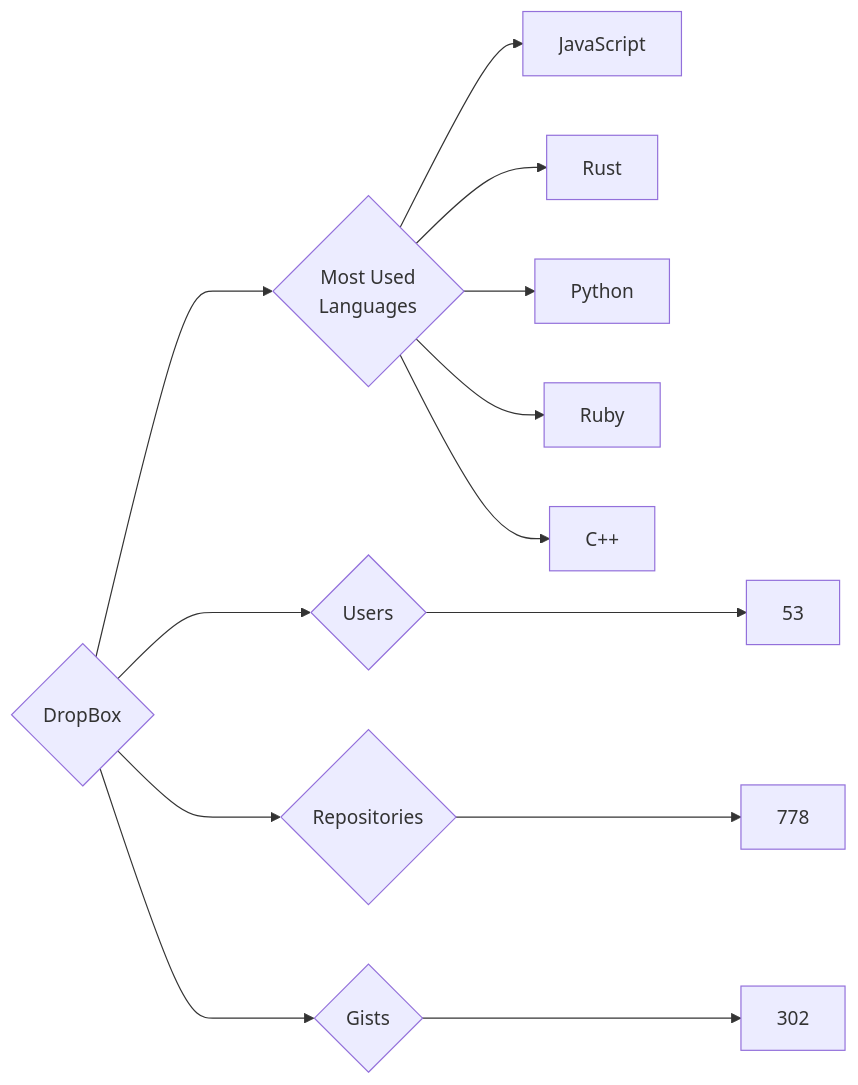
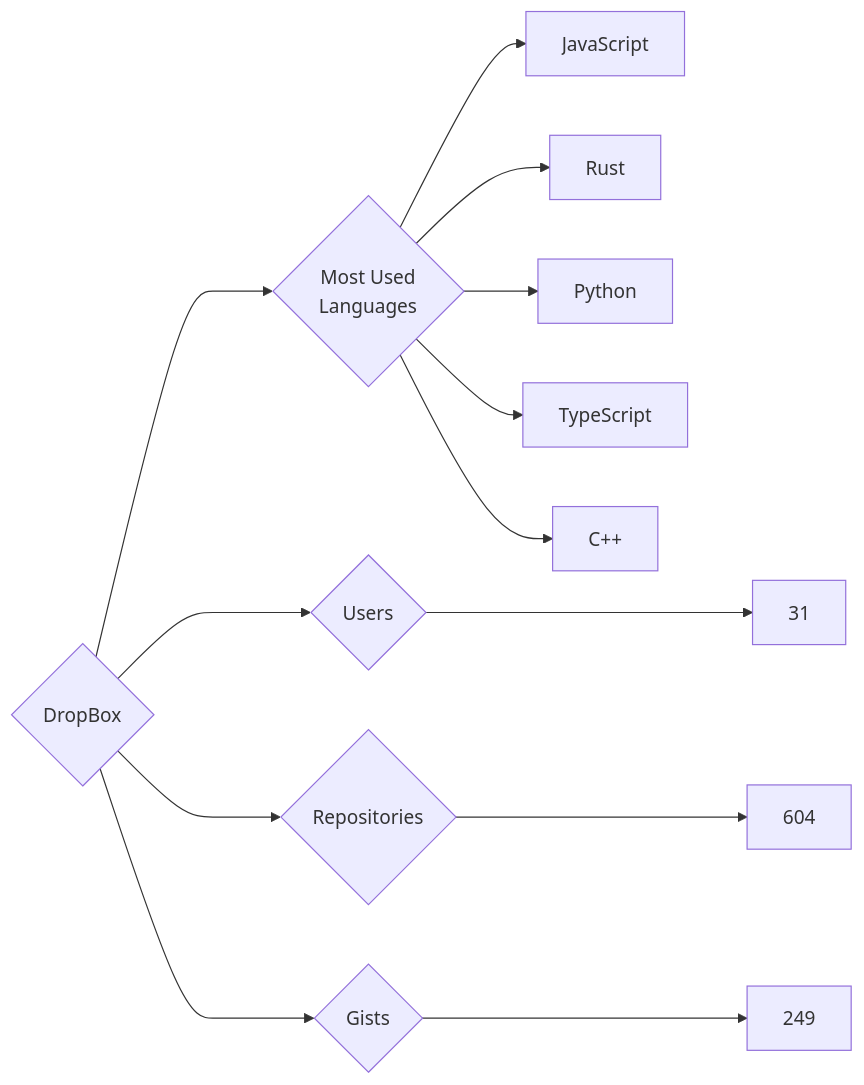
The diagram in targets/DropBox/README.md (trickest/insiders), drawn with Mermaid before and after one commit. The commit also changed 715 other files, not shown here.

````diff
--- a/targets/DropBox/README.md
+++ b/targets/DropBox/README.md
@@ -3,13 +3,13 @@
 ```mermaid
 graph LR
 COMPANY_NAME{DropBox}
-COMPANY_NAME ---> U{Users} ---> UN[53]
-COMPANY_NAME ---> R{Repositories} ---> RN[778]
-COMPANY_NAME ---> G{Gists} ---> GN[302]
+COMPANY_NAME ---> U{Users} ---> UN[31]
+COMPANY_NAME ---> R{Repositories} ---> RN[604]
+COMPANY_NAME ---> G{Gists} ---> GN[249]
 COMPANY_NAME ---> ML{Most Used<br>Languages}
 ML --> JavaScript[JavaScript]
 ML --> Rust[Rust]
 ML --> Python[Python]
-ML --> Ruby[Ruby]
+ML --> TypeScript[TypeScript]
 ML --> C++[C++]
 ```
````
